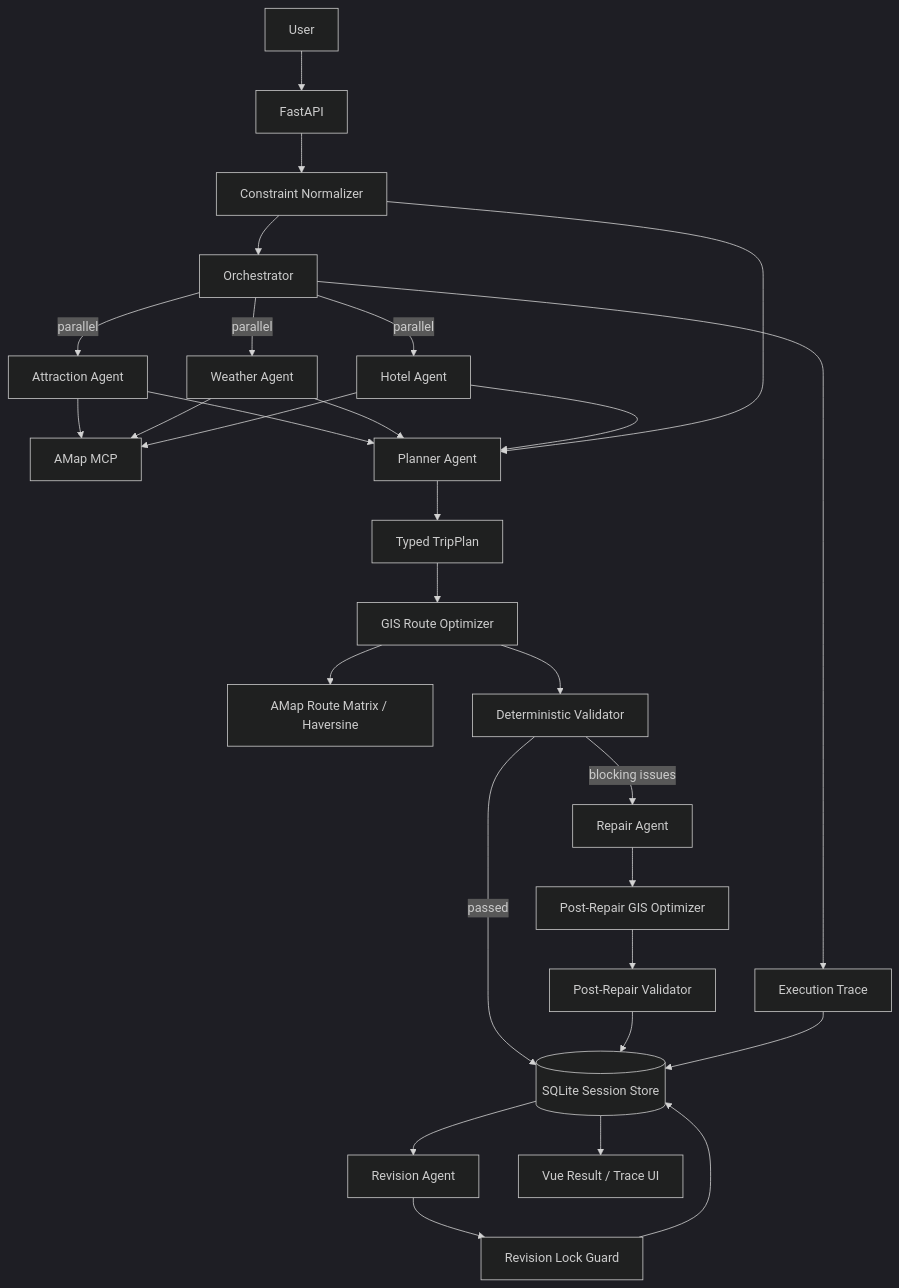
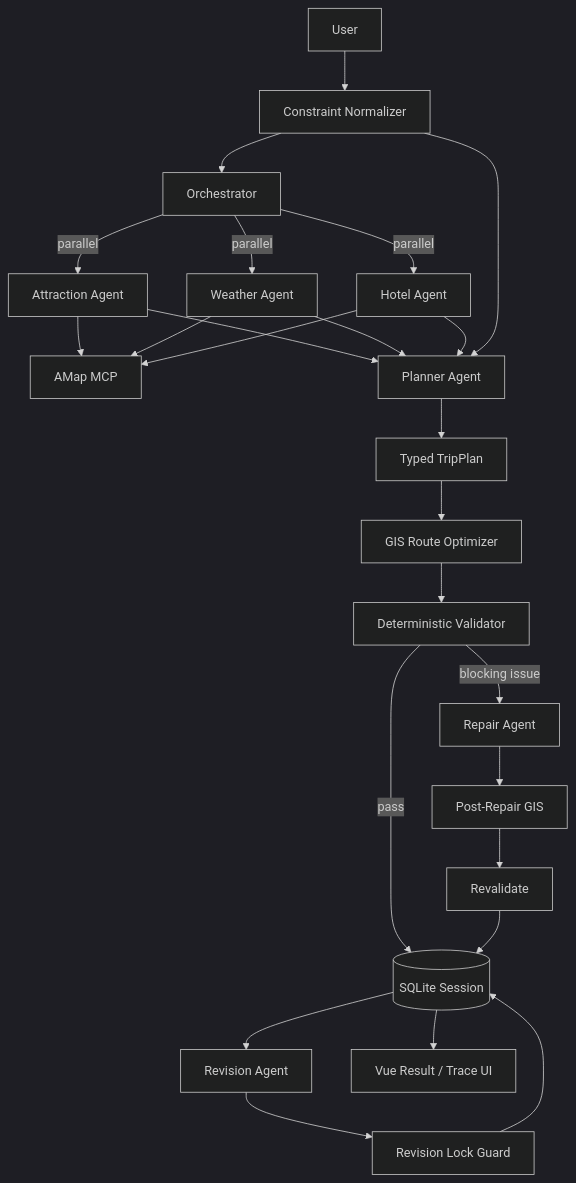
One commit to geomini1989-cpu/helloagents-trip-planner changed the diagram in README.md. Above: the diagram before and after it, drawn with Mermaid (dark theme). The commit also changed other lines of this file, not shown here.

````diff
--- a/README.md
+++ b/README.md
@@ -31,38 +32,34 @@
 ```mermaid
 flowchart TD
-    U[User] --> API[FastAPI]
-    API --> C[Constraint Normalizer]
+    U[User] --> C[Constraint Normalizer]
     C --> O[Orchestrator]
 
     O -->|parallel| A[Attraction Agent]
     O -->|parallel| W[Weather Agent]
     O -->|parallel| H[Hotel Agent]
 
     A --> MCP[AMap MCP]
     W --> MCP
     H --> MCP
 
     A --> P[Planner Agent]
     W --> P
     H --> P
     C --> P
 
     P --> T[Typed TripPlan]
     T --> GIS[GIS Route Optimizer]
-    GIS --> RM[AMap Route Matrix / Haversine]
     GIS --> V[Deterministic Validator]
 
-    V -->|passed| DB[(SQLite Session Store)]
-    V -->|blocking issues| R[Repair Agent]
-    R --> GIS2[Post-Repair GIS Optimizer]
-    GIS2 --> V2[Post-Repair Validator]
+    V -->|pass| DB[(SQLite Session)]
+    V -->|blocking issue| R[Repair Agent]
+    R --> GIS2[Post-Repair GIS]
+    GIS2 --> V2[Revalidate]
     V2 --> DB
 
     DB --> REV[Revision Agent]
     REV --> LG[Revision Lock Guard]
     LG --> DB
 
-    O --> TRACE[Execution Trace]
-    TRACE --> DB
     DB --> FE[Vue Result / Trace UI]
 ```
````
